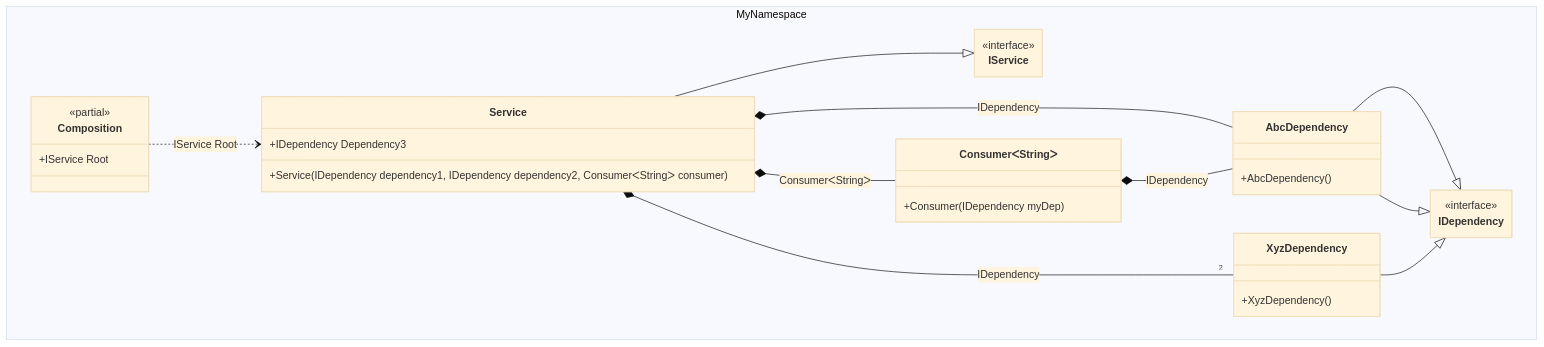
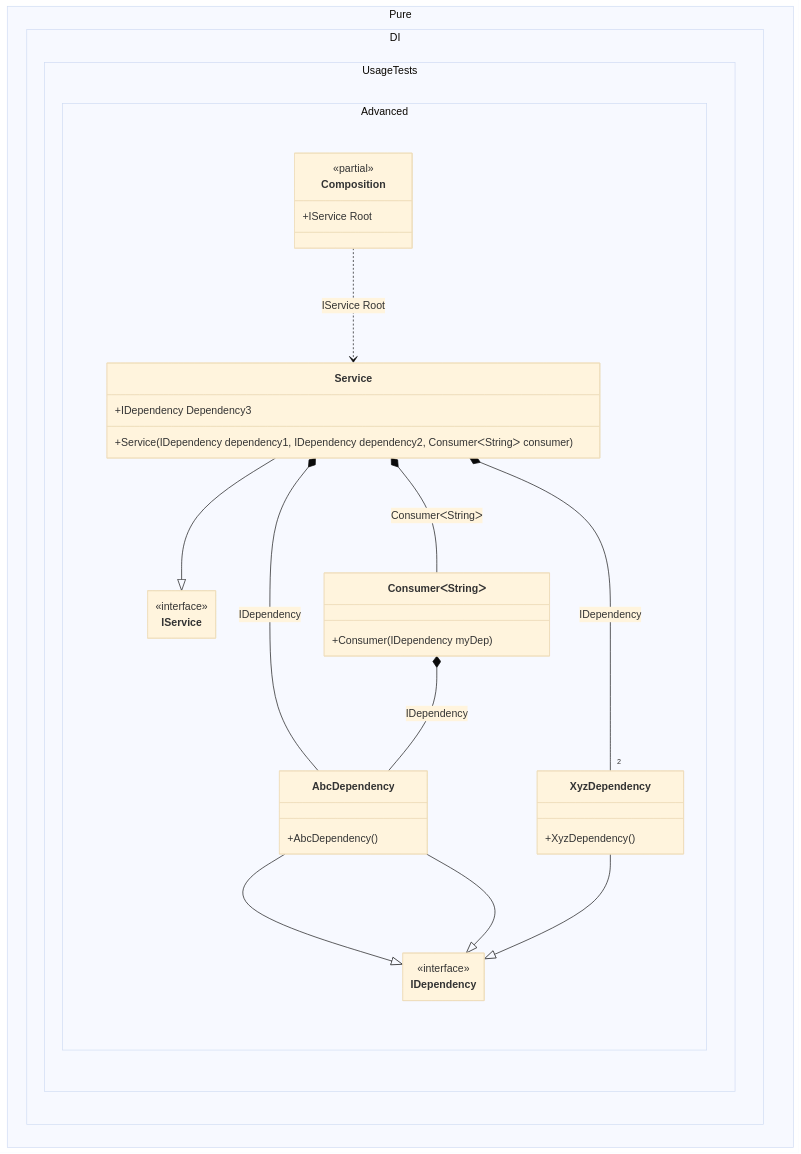
Before and after one commit to DevTeam/Pure.DI: the diagram in readme/tag-on-injection-site.md, drawn with Mermaid (base theme). The commit also changed other lines of this file and 217 other files, not shown here.

````diff
--- a/readme/tag-on-injection-site.md
+++ b/readme/tag-on-injection-site.md
@@ -88,42 +88,42 @@
 ```mermaid
 ---
  config:
   class:
    hideEmptyMembersBox: true
 ---
 classDiagram
 	Service --|> IService
 	AbcDependency --|> IDependency
 	AbcDependency --|> IDependency
 	XyzDependency --|> IDependency
 	Composition ..> Service : IService Root
 	Service *--  AbcDependency : IDependency
 	Service *-- "2 " XyzDependency : IDependency
 	Service *--  ConsumerᐸStringᐳ : ConsumerᐸStringᐳ
 	ConsumerᐸStringᐳ *--  AbcDependency : IDependency
-	namespace MyNamespace {
+	namespace Pure.DI.UsageTests.Advanced {
 		class AbcDependency {
 			+AbcDependency()
 		}
 		class Composition {
 		<<partial>>
 		+IService Root
 		}
 		class ConsumerᐸStringᐳ {
 			+Consumer(IDependency myDep)
 		}
 		class IDependency {
 			<<interface>>
 		}
 		class IService {
 			<<interface>>
 		}
 		class Service {
 			+Service(IDependency dependency1, IDependency dependency2, ConsumerᐸStringᐳ consumer)
 			+IDependency Dependency3
 		}
 		class XyzDependency {
 			+XyzDependency()
 		}
 	}
 ```
````
